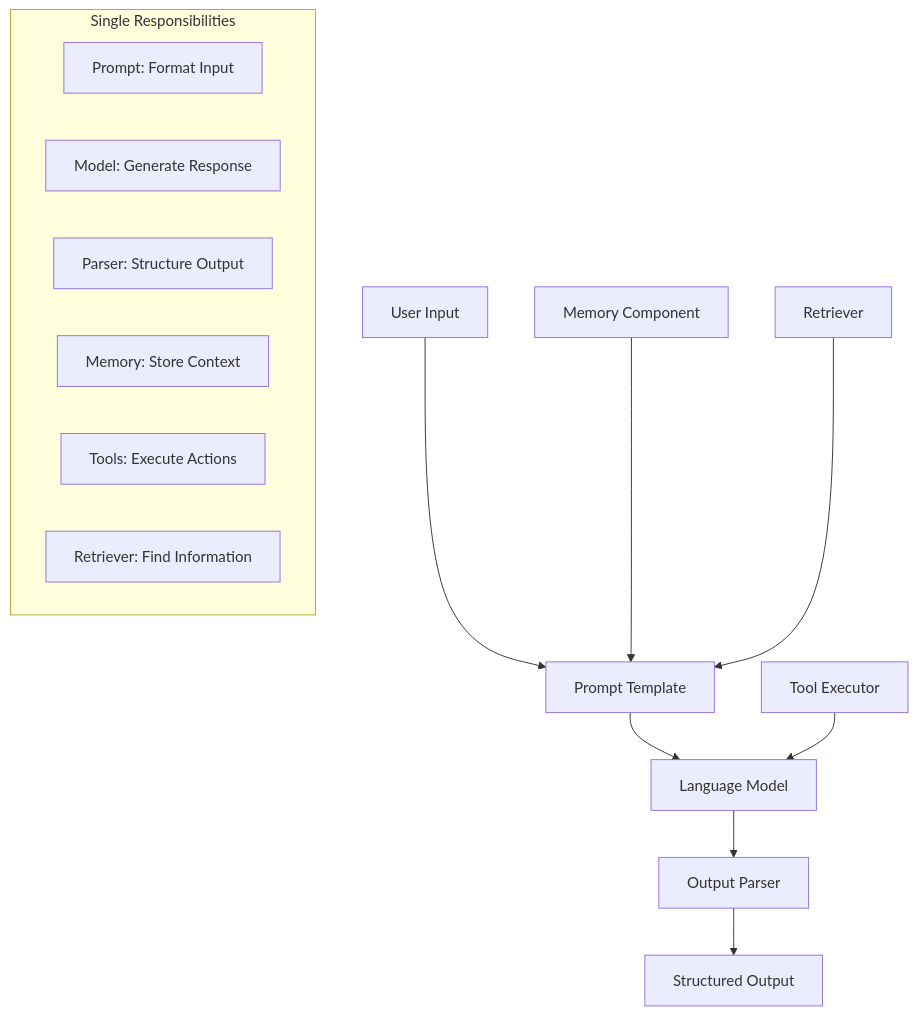
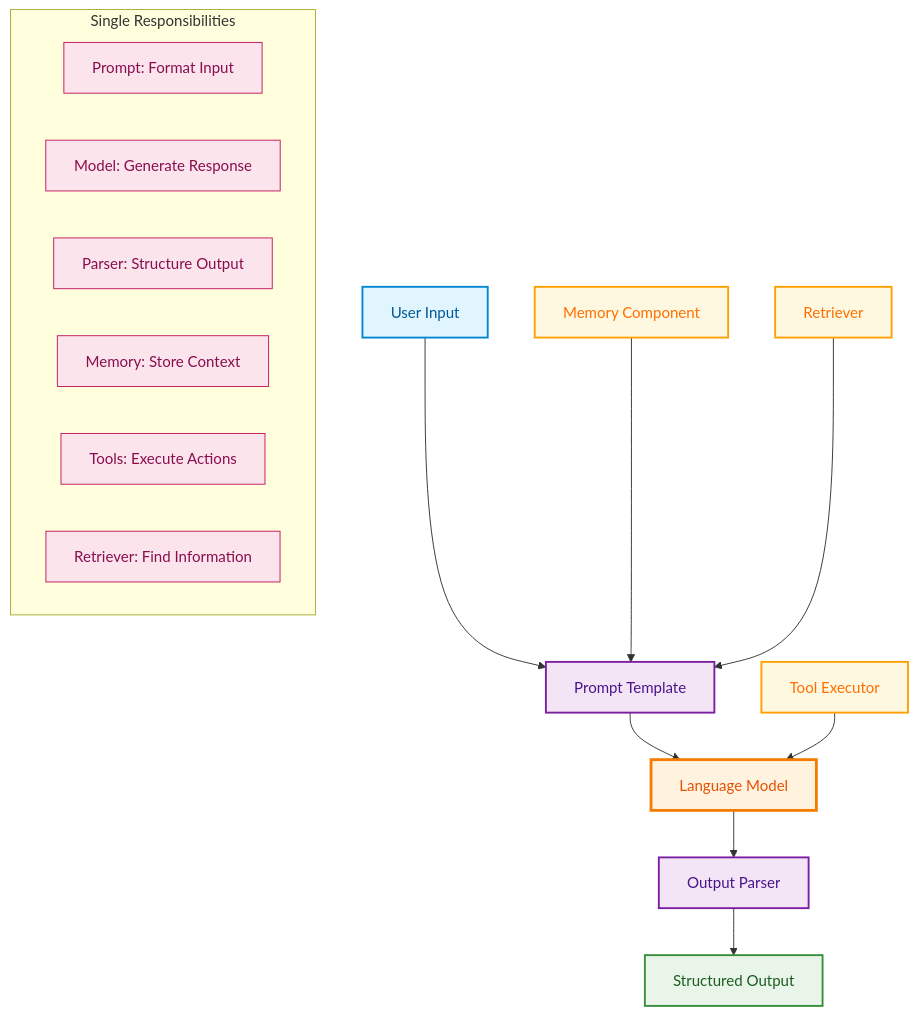
One commit to deepakkamboj/langchain-in-action changed the second of 3 diagrams in pages/part1-foundations/chapter1_01.mdx. Above: the diagram before and after it, drawn with Mermaid. The commit also changed other lines of this file, not shown here.

````diff
--- a/pages/part1-foundations/chapter1_01.mdx
+++ b/pages/part1-foundations/chapter1_01.mdx
@@ -284,20 +299,35 @@
 ```mermaid
 graph TD
     A[User Input] --> B[Prompt Template]
     B --> C[Language Model]
     C --> D[Output Parser]
     D --> E[Structured Output]
 
     F[Memory Component] --> B
     G[Tool Executor] --> C
     H[Retriever] --> B
 
     subgraph "Single Responsibilities"
     B2[Prompt: Format Input]
     C2[Model: Generate Response]
     D2[Parser: Structure Output]
     F2[Memory: Store Context]
     G2[Tools: Execute Actions]
     H2[Retriever: Find Information]
     end
+
+    %% Color styling for component types
+    classDef input fill:#e1f5fe,stroke:#0288d1,stroke-width:2px,color:#01579b
+    classDef processing fill:#f3e5f5,stroke:#7b1fa2,stroke-width:2px,color:#4a148c
+    classDef model fill:#fff3e0,stroke:#f57c00,stroke-width:3px,color:#e65100
+    classDef output fill:#e8f5e8,stroke:#388e3c,stroke-width:2px,color:#1b5e20
+    classDef supporting fill:#fff8e1,stroke:#ffa000,stroke-width:2px,color:#ff6f00
+    classDef responsibilities fill:#fce4ec,stroke:#c2185b,stroke-width:1px,color:#880e4f
+
+    class A input
+    class B,D processing
+    class C model
+    class E output
+    class F,G,H supporting
+    class B2,C2,D2,F2,G2,H2 responsibilities
 ```
````
